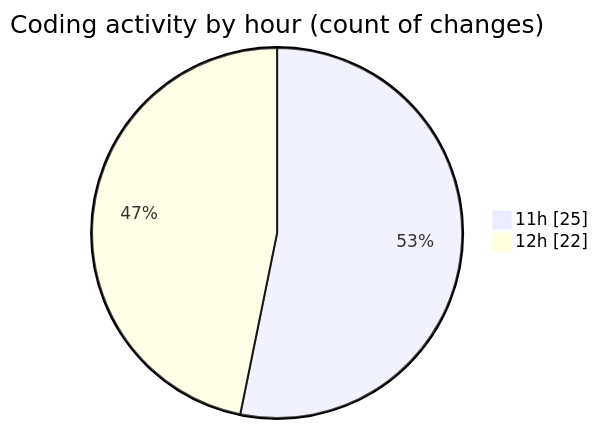
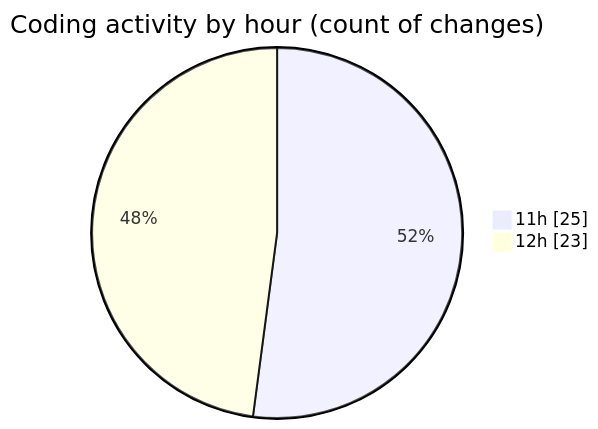
One commit to MatusMokan/code-tracking changed the second of 2 diagrams in 2025-04-12/myws__workspace_/README.md. Above: the diagram before and after it, drawn with Mermaid. The commit also changed other lines of this file and 1 other file, not shown here.

````diff
--- a/2025-04-12/myws__workspace_/README.md
+++ b/2025-04-12/myws__workspace_/README.md
@@ -30,6 +30,6 @@
 ```mermaid
 pie showData
 title Coding activity by hour (count of changes)
 "11h" : 25
-"12h" : 22
+"12h" : 23
 ```
````
